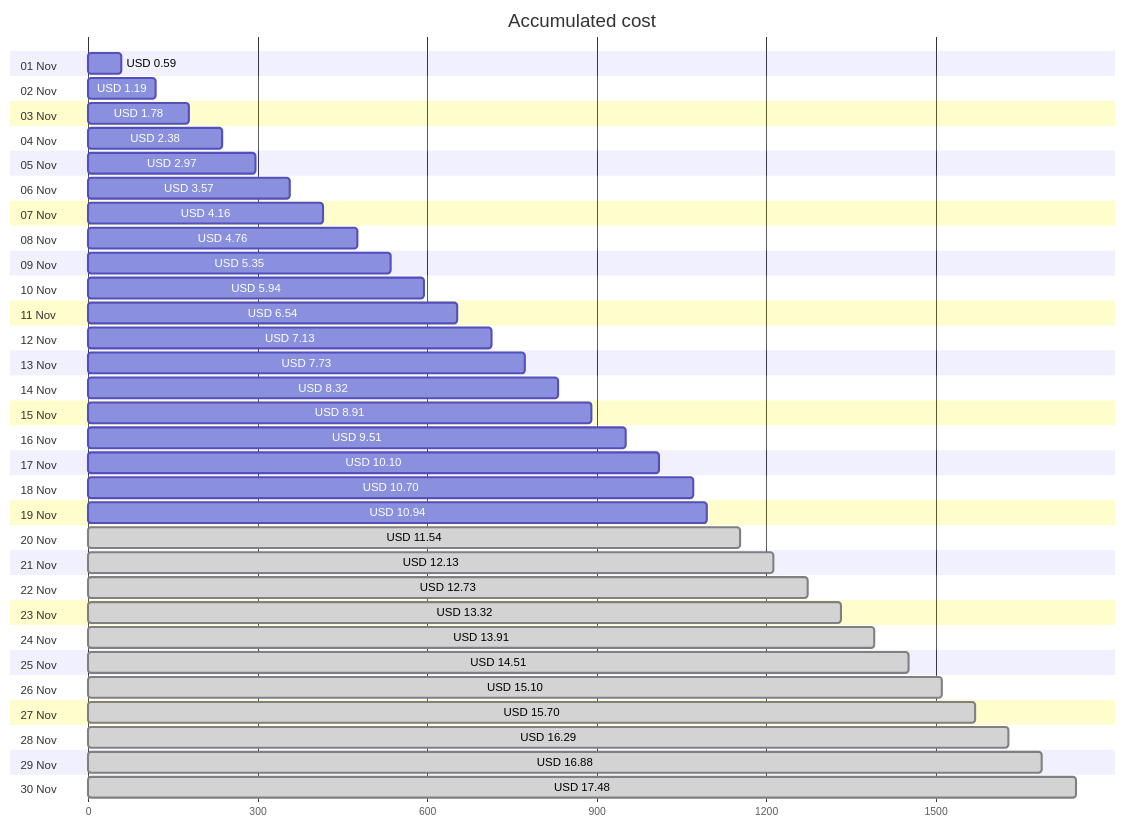
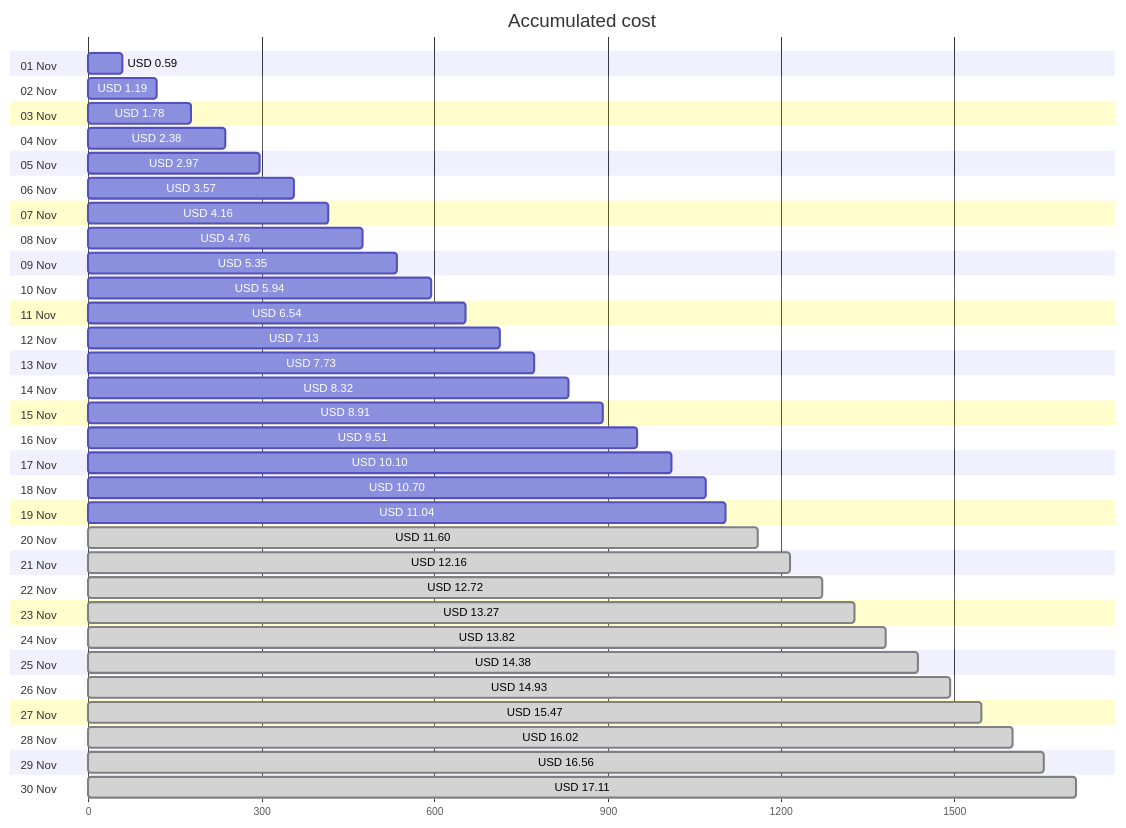
The first of 4 diagrams in cost-reports/personal-site/README.md (jpfulton/azure-personal-reports), drawn with Mermaid before and after one commit. The commit also changed other lines of this file and 6 other files, not shown here.

````diff
--- a/cost-reports/personal-site/README.md
+++ b/cost-reports/personal-site/README.md
@@ -20,66 +20,66 @@
 ```mermaid
 gantt
    title Accumulated cost
    dateFormat  X
    axisFormat %s
    section 01 Nov
    USD 0.59 :0, 59
    section 02 Nov
    USD 1.19 :0, 119
    section 03 Nov
    USD 1.78 :0, 178
    section 04 Nov
    USD 2.38 :0, 238
    section 05 Nov
    USD 2.97 :0, 297
    section 06 Nov
    USD 3.57 :0, 357
    section 07 Nov
    USD 4.16 :0, 416
    section 08 Nov
    USD 4.76 :0, 476
    section 09 Nov
    USD 5.35 :0, 535
    section 10 Nov
    USD 5.94 :0, 594
    section 11 Nov
    USD 6.54 :0, 654
    section 12 Nov
    USD 7.13 :0, 713
    section 13 Nov
    USD 7.73 :0, 773
    section 14 Nov
    USD 8.32 :0, 832
    section 15 Nov
    USD 8.91 :0, 891
    section 16 Nov
    USD 9.51 :0, 951
    section 17 Nov
    USD 10.10 :0, 1010
    section 18 Nov
    USD 10.70 :0, 1070
    section 19 Nov
-   USD 10.94 :0, 1094
+   USD 11.04 :0, 1104
    section 20 Nov
-   USD 11.54 : done, 0, 1154
+   USD 11.60 : done, 0, 1160
    section 21 Nov
-   USD 12.13 : done, 0, 1213
+   USD 12.16 : done, 0, 1216
    section 22 Nov
-   USD 12.73 : done, 0, 1273
+   USD 12.72 : done, 0, 1272
    section 23 Nov
-   USD 13.32 : done, 0, 1332
+   USD 13.27 : done, 0, 1327
    section 24 Nov
-   USD 13.91 : done, 0, 1391
+   USD 13.82 : done, 0, 1382
    section 25 Nov
-   USD 14.51 : done, 0, 1451
+   USD 14.38 : done, 0, 1438
    section 26 Nov
-   USD 15.10 : done, 0, 1510
+   USD 14.93 : done, 0, 1493
    section 27 Nov
-   USD 15.70 : done, 0, 1570
+   USD 15.47 : done, 0, 1547
    section 28 Nov
-   USD 16.29 : done, 0, 1629
+   USD 16.02 : done, 0, 1602
    section 29 Nov
-   USD 16.88 : done, 0, 1688
+   USD 16.56 : done, 0, 1656
    section 30 Nov
-   USD 17.48 : done, 0, 1748
+   USD 17.11 : done, 0, 1711
 ```
````
